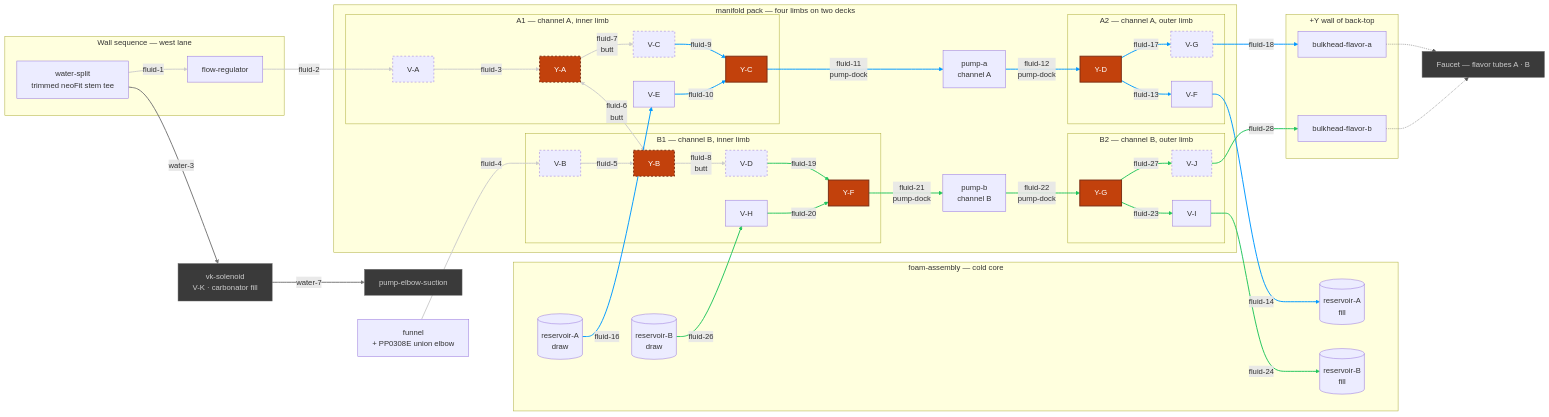
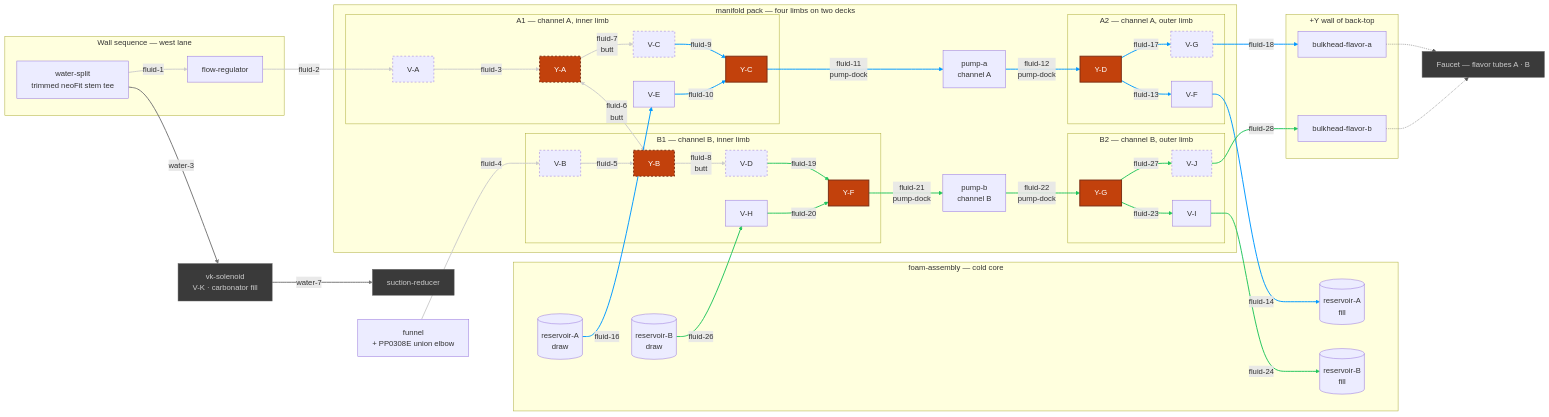
One commit to derekbreden/homesodamachine changed the diagram in hardware/topology/fluid-topology-manifold.mmd. Above: the diagram before and after it, drawn with Mermaid. The commit also changed 14 other files, not shown here.

```diff
--- a/hardware/topology/fluid-topology-manifold.mmd
+++ b/hardware/topology/fluid-topology-manifold.mmd
@@ -117,7 +117,7 @@
   end
 
   VK["vk-solenoid<br/>V-K &middot; carbonator fill"]
-  ElbowS["pump-elbow-suction"]
+  JointS["suction-reducer"]
   Faucet["Faucet — flavor tubes A &middot; B"]
 
   %% =========================
@@ -175,9 +175,9 @@
   %% crown, east of the G Ganen pump, and water-3 is the one run in the assembly that crosses the whole
   %% machine — the split is in the west lane, V-K is on the east, and its inlet faces forward.
   Split -->|"water-3"| VK
-  %% V-K's outlet hands the pump its water on water-7, into the printed suction elbow on the
-  %% pump's own barb. There is no `water-4`.
-  VK -->|"water-7"| ElbowS
+  %% V-K's outlet hands the pump its water on water-7, into the reducer stem of the PVC joint
+  %% on the pump's suction barb. There is no `water-4`.
+  VK -->|"water-7"| JointS
 
   %% =========================
   %% Beyond the box
@@ -210,6 +210,6 @@
   %% The fixed upper-deck bodies.
   classDef upper stroke-dasharray:4;
   class VA,VB,VC,VD,VG,VJ,YA,YB upper;
-  %% Not the flavor manifold's — the carbonator's valve and pump elbow, and the pack's edge.
+  %% Not the flavor manifold's — the carbonator's valve and pump joint, and the pack's edge.
   classDef offcircuit fill:#3a3a3a,stroke:#666,color:#cccccc,stroke-width:1px;
-  class VK,ElbowS,Faucet offcircuit;
+  class VK,JointS,Faucet offcircuit;
```
